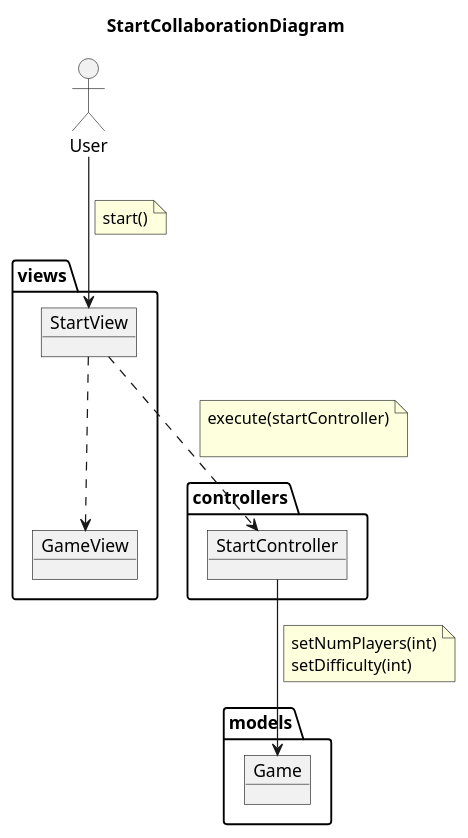
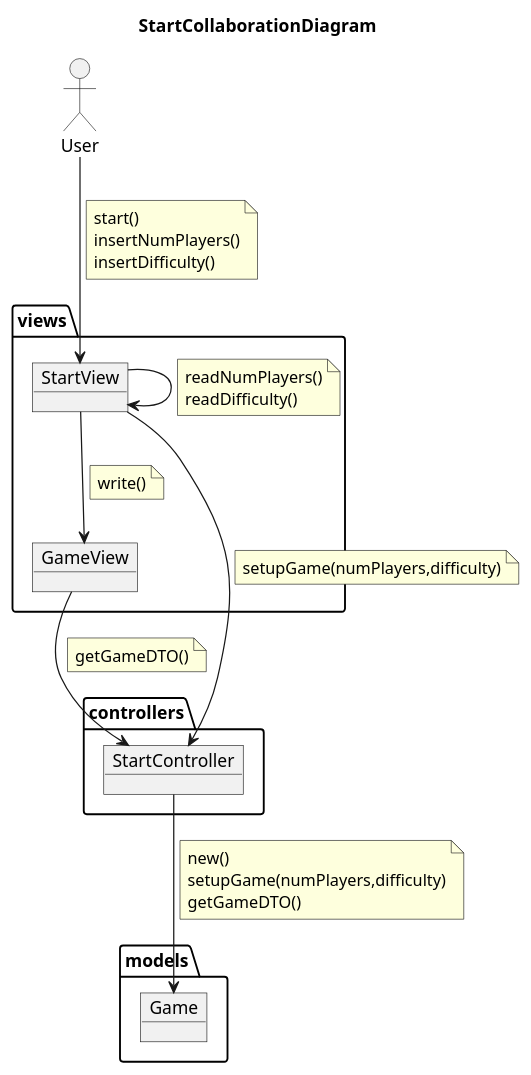
One commit to Master-Desarrollo-20-21/patrones-diseno---practica-final---juego-de-las-damas-fraylopez changed the diagram in docs/src/analysis/use-cases/start-colab.plantuml. Above: the diagram before and after it, drawn with PlantUML.

Commit message:
class changes

```diff
--- a/docs/src/analysis/use-cases/start-colab.plantuml
+++ b/docs/src/analysis/use-cases/start-colab.plantuml
@@ -2,55 +2,69 @@
 @startuml StartCollaborationDiagram
 title StartCollaborationDiagram
 allow_mixing
 
 actor User
 
 package controllers  {
 
     object  StartController{
 
     }
 }
 
 
 package models  {
 
     object Game{
 
     }
 
 
 }
 
 
 package views {
 
     object StartView{
 
     }
 
     object GameView{
 
     }
 
 }
 
 User --> StartView
 note on link
     start()
+    insertNumPlayers()
+    insertDifficulty()
+end note
+StartView --> StartView
+note on link
+    readNumPlayers()
+    readDifficulty()
 end note
 
-StartView ..> GameView
 
-StartView ..> StartController
+StartView --> StartController
 note on link
-    execute(startController)
-
+    setupGame(numPlayers,difficulty)
 end note
 StartController --> Game
 note on link
-    setNumPlayers(int)
-    setDifficulty(int)
+    new()
+    setupGame(numPlayers,difficulty)
+    getGameDTO()
+end note
+StartView --> GameView
+note on link
+    write()
+end note
+GameView --> StartController
+note on link
+    getGameDTO()
 end note
 
 @enduml
```
